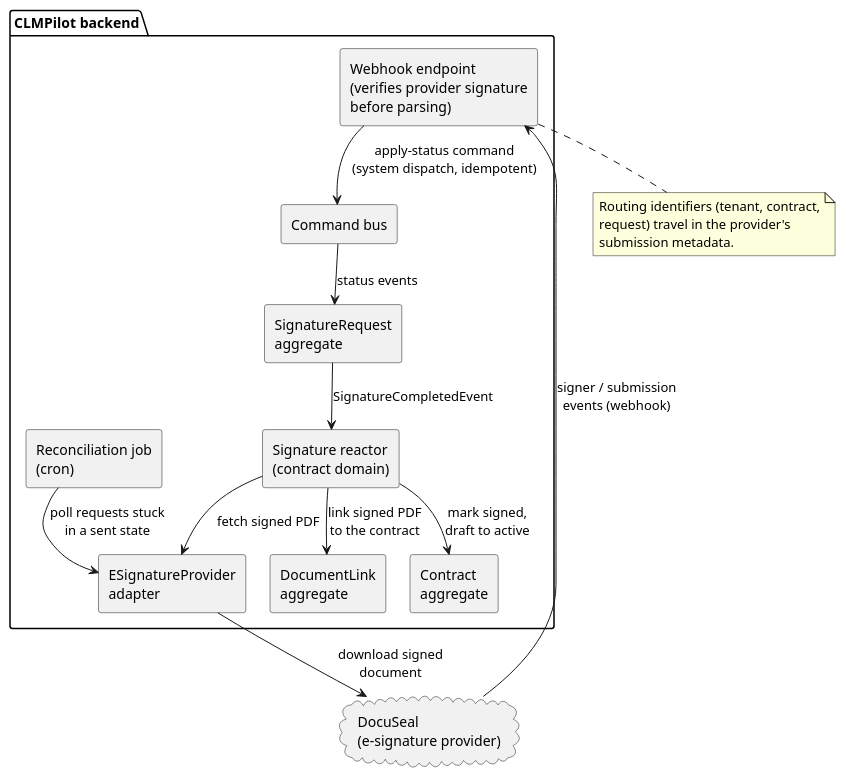
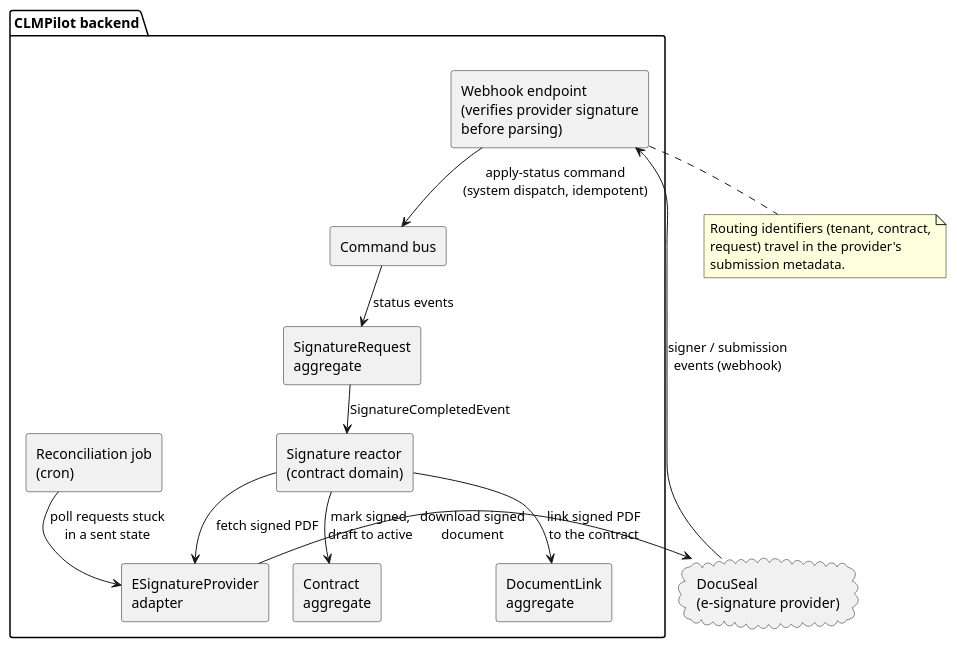
Before and after one commit to idris-saddi/pfe-report: the diagram in report/Chapter4/figures/esign-webhook.puml, drawn with PlantUML. The commit also changed 11 other files, not shown here.

```diff
--- a/report/Chapter4/figures/esign-webhook.puml
+++ b/report/Chapter4/figures/esign-webhook.puml
@@ -1,44 +1,46 @@
 @startuml esign-webhook
 '==============================================================================
 ' Figure (Chapter IV, Electronic signature): component view of the webhook
 ' return path. DocuSeal reports signer progress to a verified webhook
 ' endpoint; status is applied idempotently to the SignatureRequest aggregate;
 ' on completion a reactor activates the contract and links the signed PDF
 ' back as a DocumentLink. A reconciliation cron self-heals missed webhooks.
 ' Render:  plantuml -tsvg esign-webhook.puml  then  rsvg-convert -f pdf
 '==============================================================================
 skinparam shadowing false
 skinparam defaultFontName Helvetica
 skinparam componentStyle rectangle
 skinparam ranksep 30
 skinparam nodesep 24
 
-cloud "DocuSeal\n(e-signature provider)" as ds
-
 package "CLMPilot backend" {
   component "Webhook endpoint\n(verifies provider signature\nbefore parsing)" as hook
   component "Command bus" as cbus
   component "SignatureRequest\naggregate" as sig
   component "Signature reactor\n(contract domain)" as reactor
   component "Contract\naggregate" as contract
   component "DocumentLink\naggregate" as doclink
   component "ESignatureProvider\nadapter" as adapter
   component "Reconciliation job\n(cron)" as recon
 }
 
-ds --> hook : signer / submission\nevents (webhook)
+' The provider cloud is declared after the package and attached with
+' left-pointing arrows so it sits on the RIGHT of the backend package.
+cloud "DocuSeal\n(e-signature provider)" as ds
+
+ds -left-> hook : signer / submission\nevents (webhook)
 hook --> cbus : apply-status command\n(system dispatch, idempotent)
 cbus --> sig : status events
 sig --> reactor : SignatureCompletedEvent
 reactor --> contract : mark signed,\ndraft to active
 reactor --> adapter : fetch signed PDF
-adapter --> ds : download signed\ndocument
+adapter -right-> ds : download signed\ndocument
 reactor --> doclink : link signed PDF\nto the contract
 recon --> adapter : poll requests stuck\nin a sent state
 
 note bottom of hook
   Routing identifiers (tenant, contract,
   request) travel in the provider's
   submission metadata.
 end note
 @enduml
```
